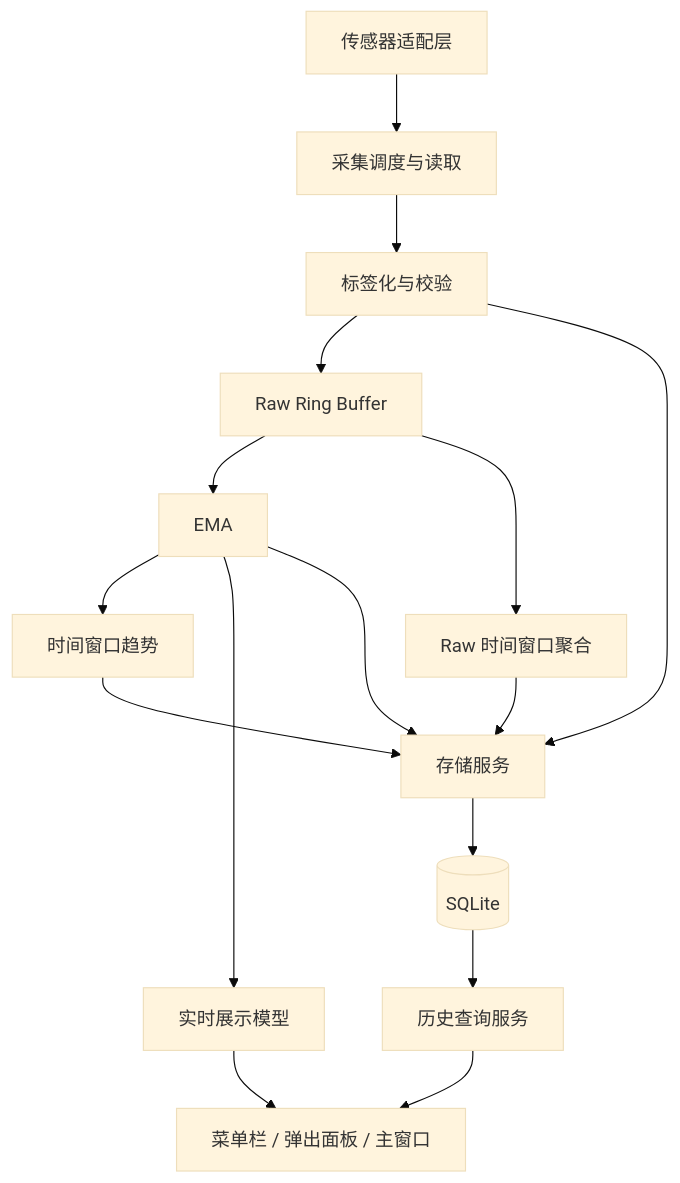
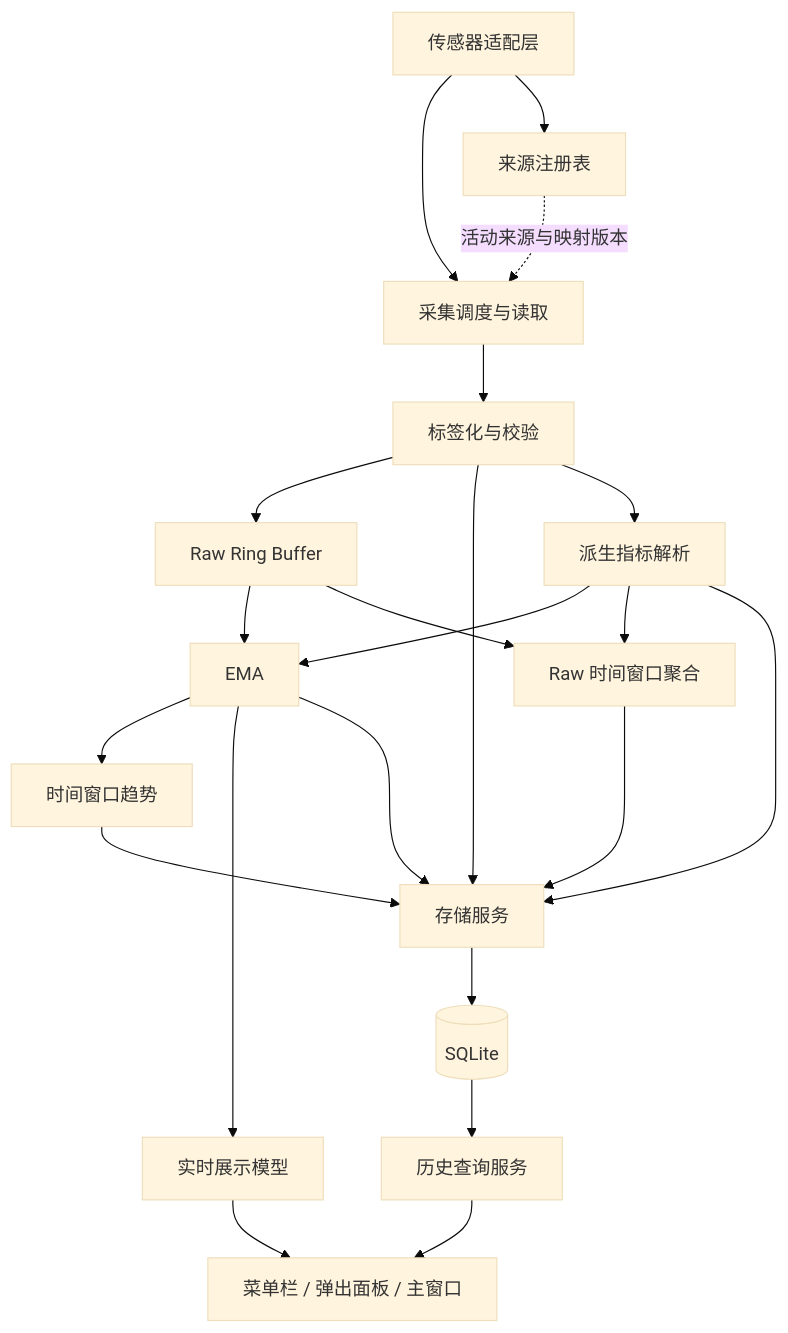
Before and after one commit to sisyphe550/Temperature-monitoring: the diagram in docs/02-architecture.md, drawn with Mermaid (base theme). The commit also changed other lines of this file and 22 other files, not shown here.

````diff
--- a/docs/02-architecture.md
+++ b/docs/02-architecture.md
@@ -15,18 +15,24 @@
 ```mermaid
 flowchart TD
     A[传感器适配层] --> B[采集调度与读取]
+    A --> REG[来源注册表]
+    REG -.活动来源与映射版本.-> B
     B --> C[标签化与校验]
     C --> D[Raw Ring Buffer]
     C --> S[存储服务]
     D --> E[EMA]
     D --> F[Raw 时间窗口聚合]
+    C --> M[派生指标解析]
+    M --> E
+    M --> F
+    M --> S
     E --> T[时间窗口趋势]
     E --> R[实时展示模型]
     E --> S
     F --> S
     T --> S
     S --> DB[(SQLite)]
     DB --> Q[历史查询服务]
     R --> UI[菜单栏 / 弹出面板 / 主窗口]
     Q --> UI
 ```
````
